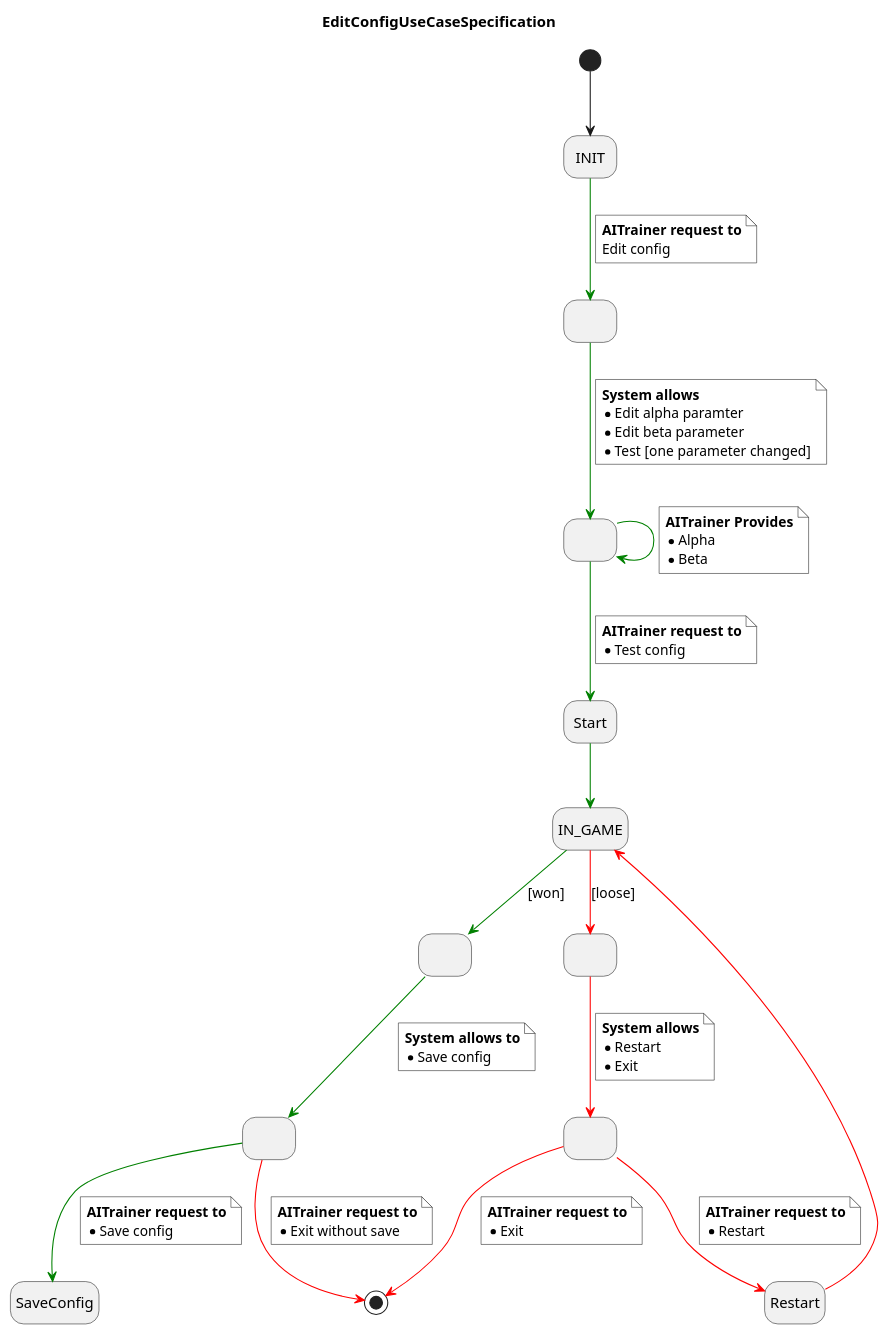
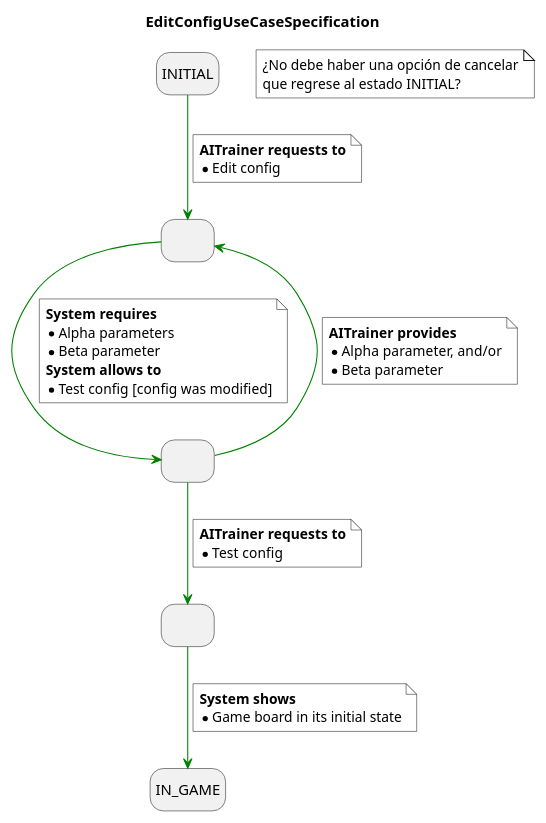
One commit to Master-Desarrollo-20-21/patrones-diseno---practica-final---juego-de-las-damas-fraylopez changed the diagram in docs/src/use-cases/specification/edit-config-spec.plantuml. Above: the diagram before and after it, drawn with PlantUML.

Commit message:
Improve the Edit Config use-case specification

```diff
--- a/docs/src/use-cases/specification/edit-config-spec.plantuml
+++ b/docs/src/use-cases/specification/edit-config-spec.plantuml
@@ -1,92 +1,50 @@
 @startuml EditConfigUseCaseSpecification
 title EditConfigUseCaseSpecification
 skinparam NoteBackgroundColor white
 hide empty description
 
-state INIT as "INIT"
-state IN_GAME
-state Start
-
 state state1 as " "
 state state2 as " "
 state state3 as " "
-state state4 as " "
-state state5 as " "
-state state6 as " "
 
 
-[*] --> INIT
-
-INIT -[#green]-> state1
+INITIAL -[#green]-> state1
 note on link #white
-  <b>AITrainer request to
-  Edit config
+  <b>AITrainer requests to
+  * Edit config
 end note
 
 state1 -[#green]-> state2
 note on link #white
-  <b>System allows
-  * Edit alpha paramter
-  * Edit beta parameter
-  * Test [one parameter changed]
+  <b>System requires
+  * Alpha parameters
+  * Beta parameter
+  <b>System allows to
+  * Test config [config was modified]
 end note
 
-state2 -[#green]-> state2
+state2 -[#green]-> state1
 note on link #white
-  <b>AITrainer Provides
-  * Alpha
-  * Beta
+  <b>AITrainer provides
+  * Alpha parameter, and/or
+  * Beta parameter
 end note
 
-state2 -[#green]-> Start
+state2 -[#green]-> state3
 note on link #white
-  <b>AITrainer request to
+  <b>AITrainer requests to
   * Test config
 end note
 
-Start -[#green]-> IN_GAME
-IN_GAME -[#green]-> state3 : [won]
-
-state3 -[#green]-> state4
+state3 -[#green]-> IN_GAME
 note on link #white
-  <b>System allows to
-  * Save config
+  <b>System shows
+  * Game board in its initial state
 end note
 
-state4 -[#green]-> SaveConfig
-note on link #white
-  <b>AITrainer request to
-  * Save config
+note as note
+  ¿No debe haber una opción de cancelar
+  que regrese al estado INITIAL?
 end note
 
-state4 -[#red]-> [*]
-note on link #white
-  <b>AITrainer request to
-  * Exit without save
-end note
-
-IN_GAME -[#red]-> state5 : [loose]
-
-state5 -[#red]-> state6
-note on link #white
-  <b>System allows
-  * Restart
-  * Exit
-end note
-
-state6 -[#red]-> Restart
-note on link #white
-  <b>AITrainer request to
-  * Restart
-end note
-
-Restart -[#red]-> IN_GAME
-
-state6 -[#red]-> [*]
-note on link #white
-  <b>AITrainer request to
-  * Exit
-end note
-
-
 @enduml
```
